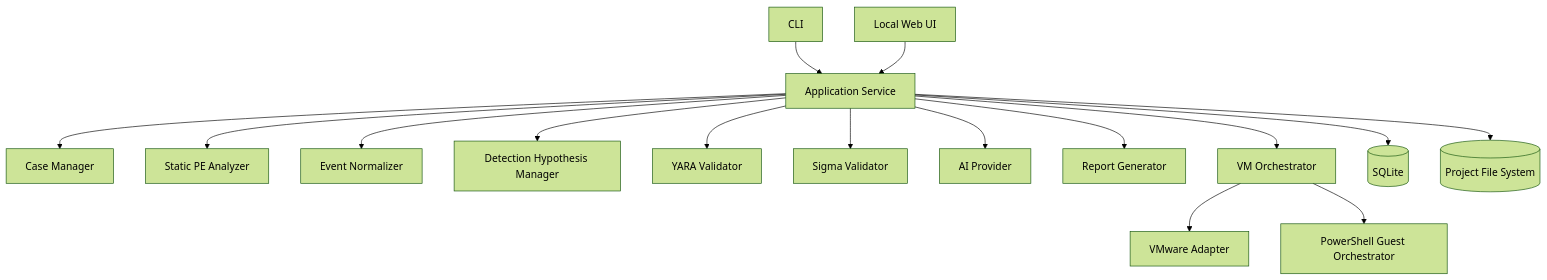
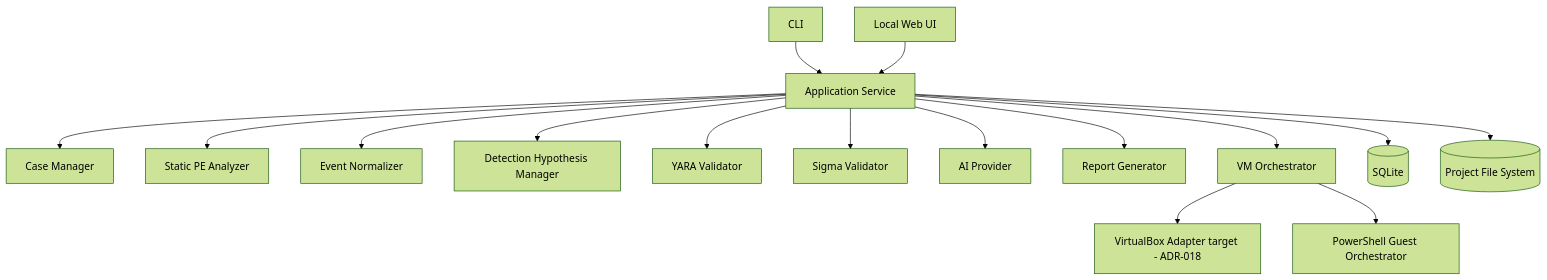
The first of 2 diagrams in docs/04-architecture.md (ODamDam/loader-detection-workbench), drawn with Mermaid (forest theme) before and after one commit. The commit also changed 24 other files, not shown here.

First line of the commit message:
WIP: add VirtualBox Sysmon export helper

````diff
--- a/docs/04-architecture.md
+++ b/docs/04-architecture.md
@@ -13,21 +13,21 @@
 ```mermaid
 flowchart TD
     CLI[CLI] --> APP[Application Service]
     WEB[Local Web UI] --> APP
 
     APP --> CASE[Case Manager]
     APP --> STATIC[Static PE Analyzer]
     APP --> EVENT[Event Normalizer]
     APP --> HYP[Detection Hypothesis Manager]
     APP --> YARA[YARA Validator]
     APP --> SIGMA[Sigma Validator]
     APP --> AI[AI Provider]
     APP --> REPORT[Report Generator]
     APP --> VM[VM Orchestrator]
 
-    VM --> HYPERVISOR[VMware Adapter]
+    VM --> HYPERVISOR[VirtualBox Adapter target - ADR-018]
     VM --> GUEST[PowerShell Guest Orchestrator]
 
     APP --> DB[(SQLite)]
     APP --> FS[(Project File System)]
 ```
````
